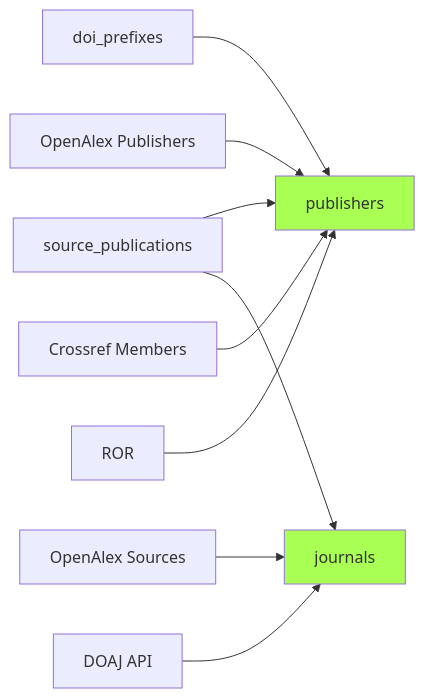
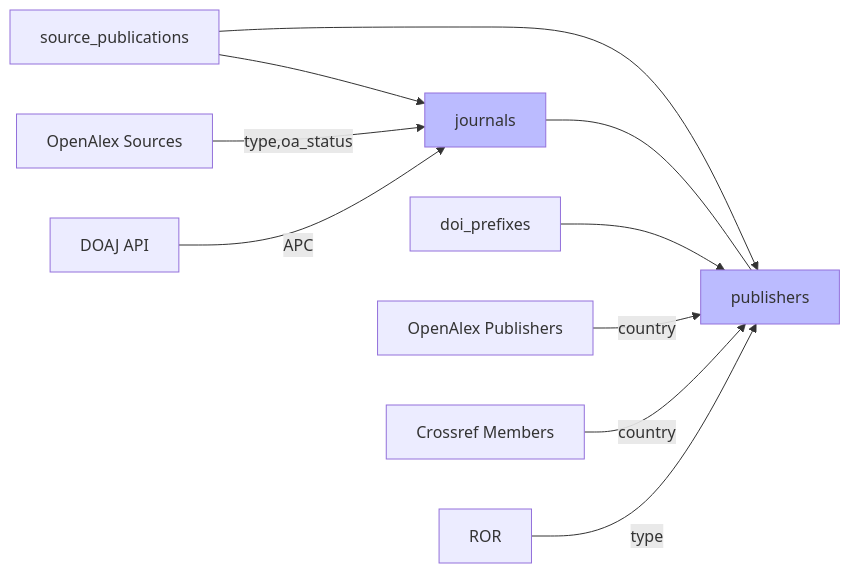
The diagram in docs/pipeline/04-publishers-journals.md (Y33sha/bibliometrie-uca), drawn with Mermaid before and after one commit. The commit also changed 1 other file, not shown here.

````diff
--- a/docs/pipeline/04-publishers-journals.md
+++ b/docs/pipeline/04-publishers-journals.md
@@ -3,13 +3,14 @@
 ```mermaid
 flowchart LR
-    A[source_publications]-->B[publishers]
-    A-->C[journals]
-    D[doi_prefixes]-->B
-    E[OpenAlex Sources]-->C
-    F[OpenAlex Publishers]-->B
-    G[Crossref Members]-->B
-    H[ROR]-->B
-    I[DOAJ API]-->C
-    classDef ref  fill:#af5
-    class B,C ref;
+    source_publications-->journals
+    source_publications-->publishers
+    journals---publishers
+    D[doi_prefixes]-->publishers
+    E[OpenAlex Sources]-->|type,oa_status|journals
+    I[DOAJ API]-->|APC|journals
+    F[OpenAlex Publishers]-->|country|publishers
+    G[Crossref Members]-->|country|publishers
+    H[ROR]-->|type|publishers
+    classDef ref  fill:#bbf
+    class publishers,journals ref;
 ```
````
